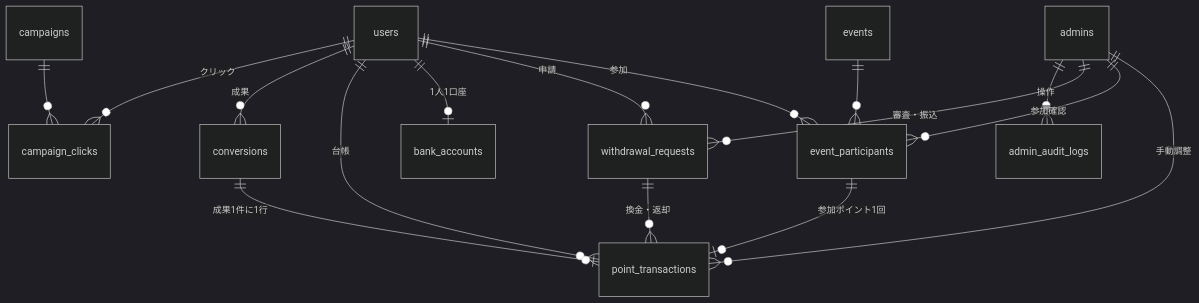
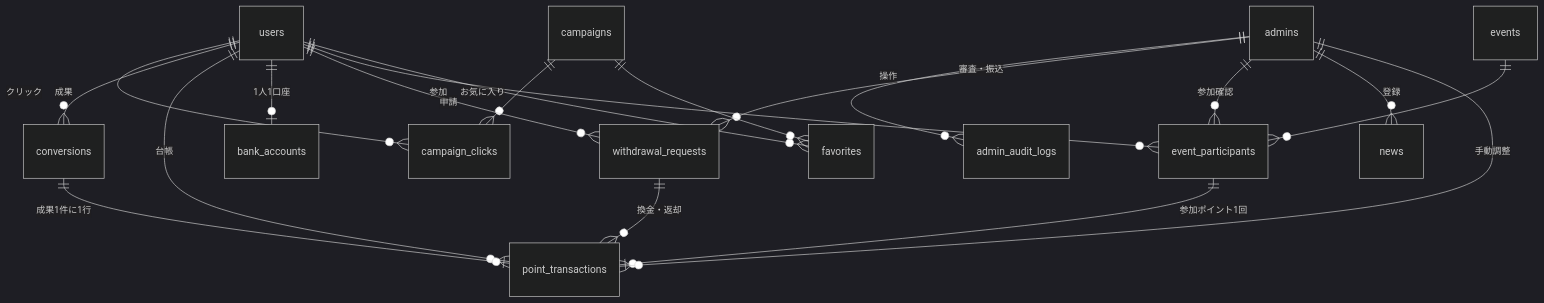
Before and after one commit to mizu15963/POIFO: the diagram in docs/specs/database.md, drawn with Mermaid (dark theme). The commit also changed other lines of this file and 50 other files, not shown here.

````diff
--- a/docs/specs/database.md
+++ b/docs/specs/database.md
@@ -32,18 +32,21 @@
 ```mermaid
 erDiagram
     users ||--o{ campaign_clicks : "クリック"
     campaigns ||--o{ campaign_clicks : ""
     users ||--o{ conversions : "成果"
     users ||--o{ point_transactions : "台帳"
     conversions ||--o| point_transactions : "成果1件に1行"
     withdrawal_requests ||--o{ point_transactions : "換金・返却"
     event_participants ||--o| point_transactions : "参加ポイント1回"
     users ||--o| bank_accounts : "1人1口座"
     users ||--o{ withdrawal_requests : "申請"
     events ||--o{ event_participants : ""
     users ||--o{ event_participants : "参加"
     admins ||--o{ admin_audit_logs : "操作"
     admins ||--o{ withdrawal_requests : "審査・振込"
     admins ||--o{ event_participants : "参加確認"
+    users ||--o{ favorites : "お気に入り"
+    campaigns ||--o{ favorites : ""
+    admins ||--o{ news : "登録"
     admins ||--o{ point_transactions : "手動調整"
 ```
````
